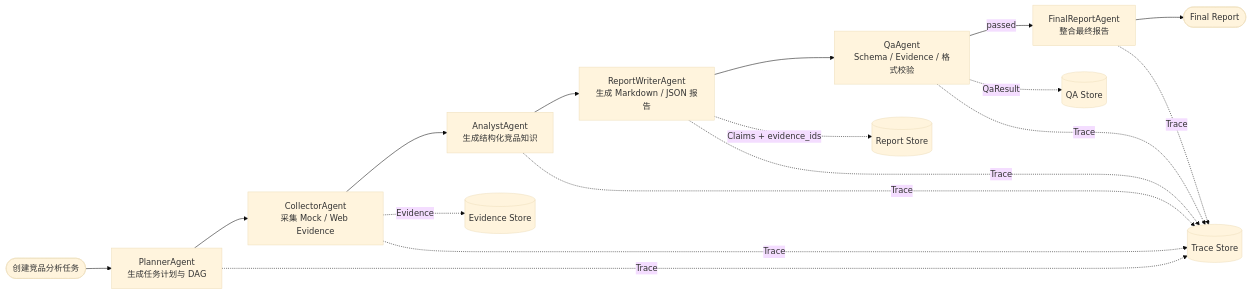
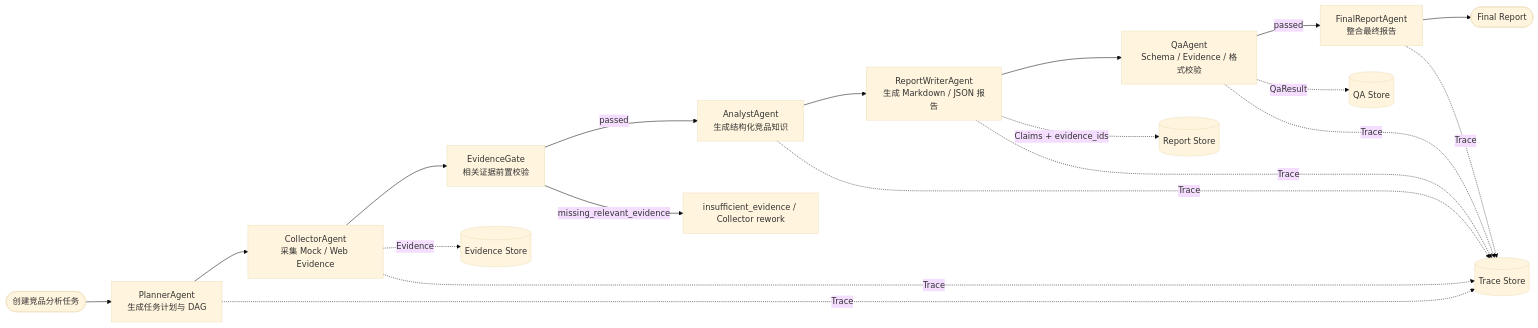
The second of 6 diagrams in docs/architecture.md (XH-111/cis-agent-demo), drawn with Mermaid (base theme) before and after one commit. The commit also changed other lines of this file and 26 other files, not shown here.

````diff
--- a/docs/architecture.md
+++ b/docs/architecture.md
@@ -50,21 +50,23 @@
 ```mermaid
 flowchart LR
     Start([创建竞品分析任务]) --> Planner[PlannerAgent<br/>生成任务计划与 DAG]
     Planner --> Collector[CollectorAgent<br/>采集 Mock / Web Evidence]
-    Collector --> Analyst[AnalystAgent<br/>生成结构化竞品知识]
+    Collector --> Gate[EvidenceGate<br/>相关证据前置校验]
+    Gate -->|passed| Analyst[AnalystAgent<br/>生成结构化竞品知识]
+    Gate -->|missing_relevant_evidence| Stop[insufficient_evidence / Collector rework]
     Analyst --> Writer[ReportWriterAgent<br/>生成 Markdown / JSON 报告]
     Writer --> QA[QaAgent<br/>Schema / Evidence / 格式校验]
     QA -->|passed| Final[FinalReportAgent<br/>整合最终报告]
     Final --> End([Final Report])
 
     Collector -. Evidence .-> EvidenceStore[(Evidence Store)]
     Writer -. Claims + evidence_ids .-> ReportStore[(Report Store)]
     QA -. QaResult .-> QAStore[(QA Store)]
 
     Planner -. Trace .-> TraceStore[(Trace Store)]
     Collector -. Trace .-> TraceStore
     Analyst -. Trace .-> TraceStore
     Writer -. Trace .-> TraceStore
     QA -. Trace .-> TraceStore
     Final -. Trace .-> TraceStore
 ```
````
